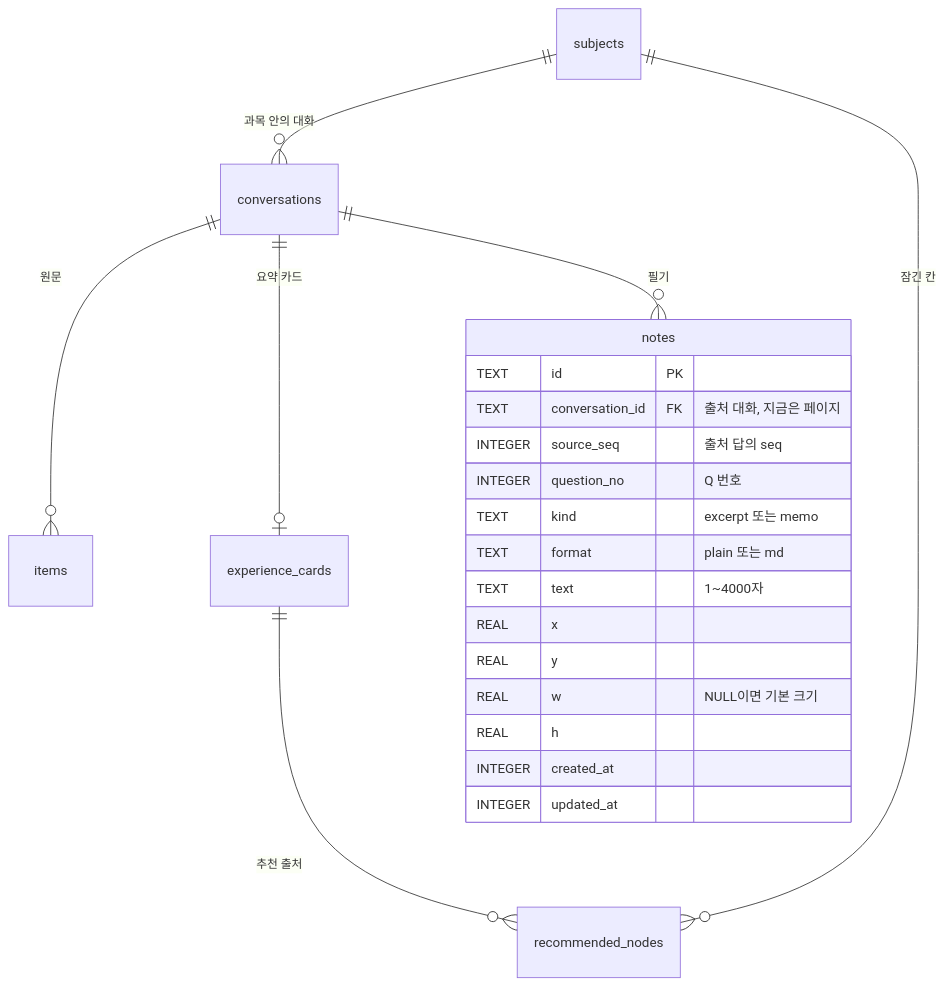
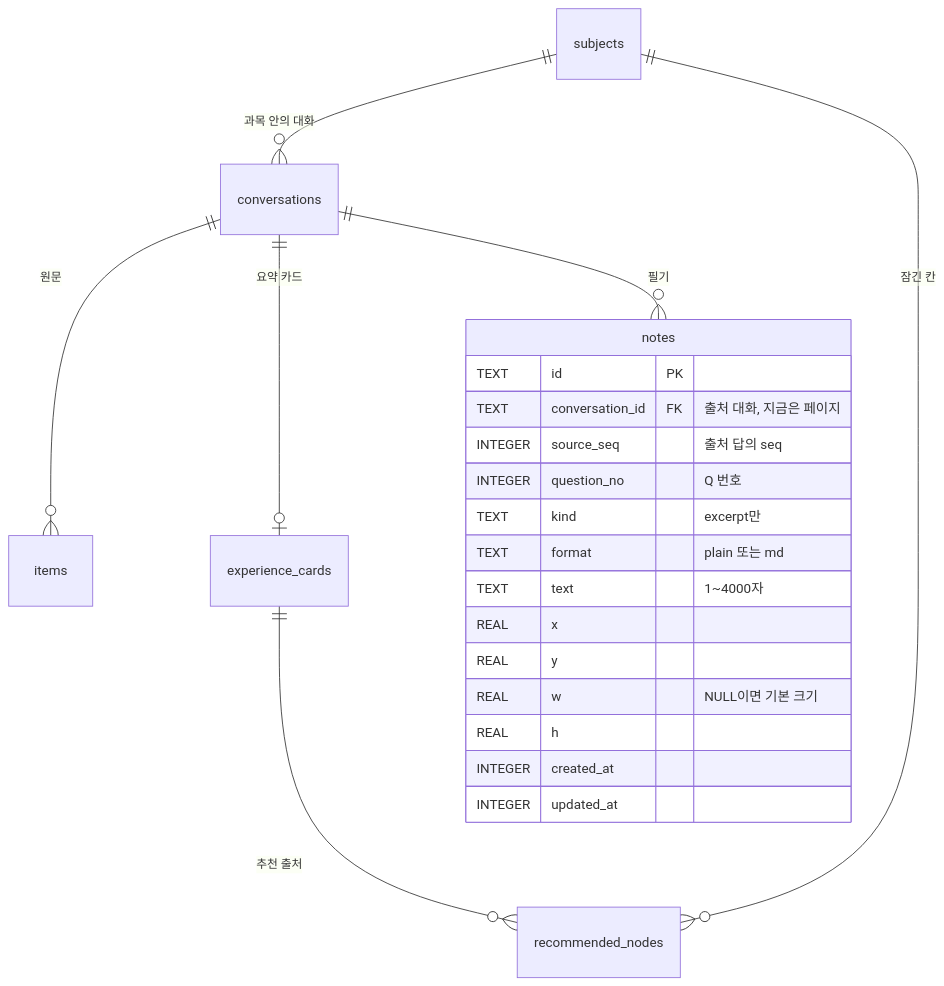
One commit to IBORY-PURPLE/Experii changed the sixth of 8 diagrams in docs/plans/2026-10-30-overnight-desktop/flow-v2.md. Above: the diagram before and after it, drawn with Mermaid. The commit also changed other lines of this file, not shown here.

First line of the commit message:
Match the use flow to the note page that PR #18 built

````diff
--- a/docs/plans/2026-10-30-overnight-desktop/flow-v2.md
+++ b/docs/plans/2026-10-30-overnight-desktop/flow-v2.md
@@ -588,24 +592,24 @@
 ```mermaid
 erDiagram
     subjects ||--o{ conversations : "과목 안의 대화"
     conversations ||--o{ items : "원문"
     conversations ||--o| experience_cards : "요약 카드"
     conversations ||--o{ notes : "필기"
     subjects ||--o{ recommended_nodes : "잠긴 칸"
     experience_cards ||--o{ recommended_nodes : "추천 출처"
     notes {
         TEXT id PK
         TEXT conversation_id FK "출처 대화, 지금은 페이지"
         INTEGER source_seq "출처 답의 seq"
         INTEGER question_no "Q 번호"
-        TEXT kind "excerpt 또는 memo"
+        TEXT kind "excerpt만"
         TEXT format "plain 또는 md"
         TEXT text "1~4000자"
         REAL x
         REAL y
         REAL w "NULL이면 기본 크기"
         REAL h
         INTEGER created_at
         INTEGER updated_at
     }
 ```
````
